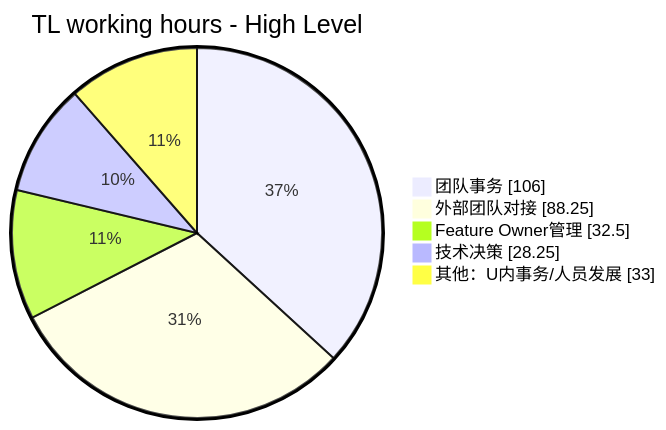
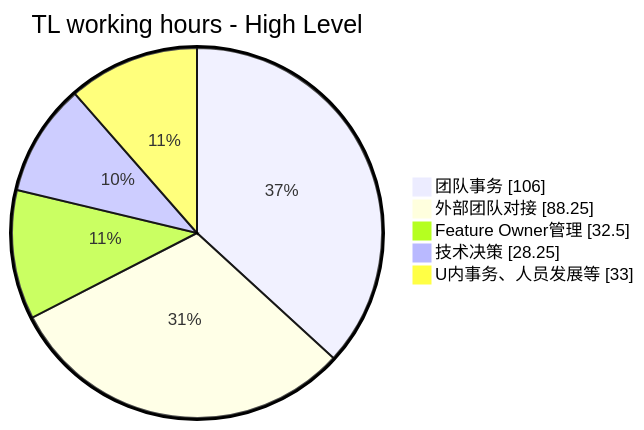
The first of 3 diagrams in _posts/2023-08-01-my-tech-lead-journey-i.md (EthanLin-TWer/blog), drawn with Mermaid before and after one commit. The commit also changed other lines of this file and 1 other file, not shown here.

````diff
--- a/_posts/2023-08-01-my-tech-lead-journey-i.md
+++ b/_posts/2023-08-01-my-tech-lead-journey-i.md
@@ -22,9 +22,9 @@
 ```mermaid
 %%{init: {"pie": {"textPosition": 0.5, "useWidth": 870}, "themeVariables": {"pieOuterStrokeWidth": "3px"}} }%%
 pie showData title TL working hours - High Level
   "团队事务": 106
   "外部团队对接": 88.25
   "Feature Owner管理": 32.5
   "技术决策": 28.25
-  "其他：U内事务/人员发展": 33
+  "U内事务、人员发展等": 33
 ```
````
